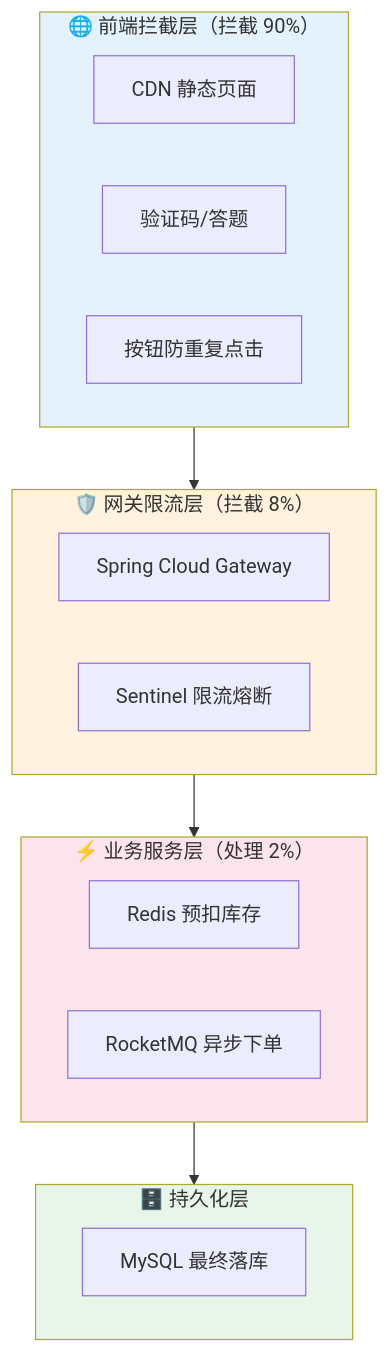
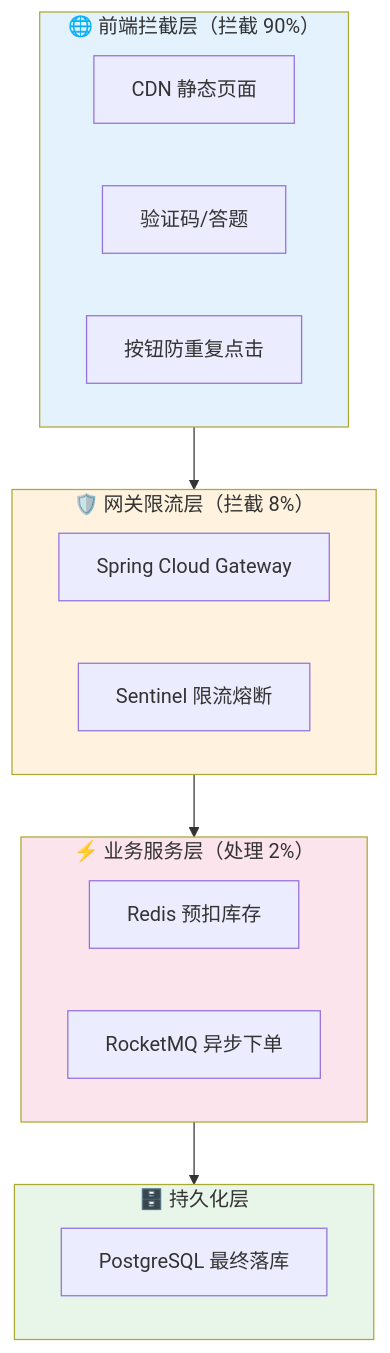
One commit to yjiace/smallyoung_blog changed the second of 5 diagrams in docs/034-Spring-Cloud秒杀系统设计全解析.md. Above: the diagram before and after it, drawn with Mermaid. The commit also changed other lines of this file, not shown here.

````diff
--- a/docs/034-Spring-Cloud秒杀系统设计全解析.md
+++ b/docs/034-Spring-Cloud秒杀系统设计全解析.md
@@ -97,24 +97,24 @@
 ```mermaid
 flowchart TB
     subgraph 前端层["🌐 前端拦截层（拦截 90%）"]
         A[CDN 静态页面]
         B[验证码/答题]
         C[按钮防重复点击]
     end
     subgraph 网关层["🛡️ 网关限流层（拦截 8%）"]
         D[Spring Cloud Gateway]
         E[Sentinel 限流熔断]
     end
     subgraph 服务层["⚡ 业务服务层（处理 2%）"]
         F[Redis 预扣库存]
         G[RocketMQ 异步下单]
     end
     subgraph 数据层["🗄️ 持久化层"]
-        H[MySQL 最终落库]
+        H[PostgreSQL 最终落库]
     end
     前端层 --> 网关层 --> 服务层 --> 数据层
     style 前端层 fill:#e3f2fd
     style 网关层 fill:#fff3e0
     style 服务层 fill:#fce4ec
     style 数据层 fill:#e8f5e9
 ```
````
